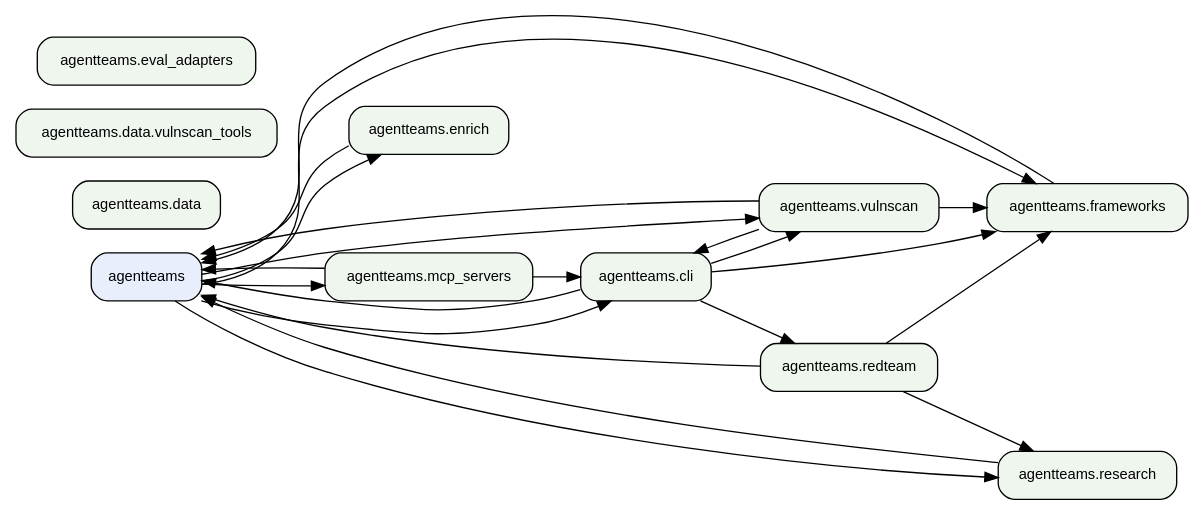
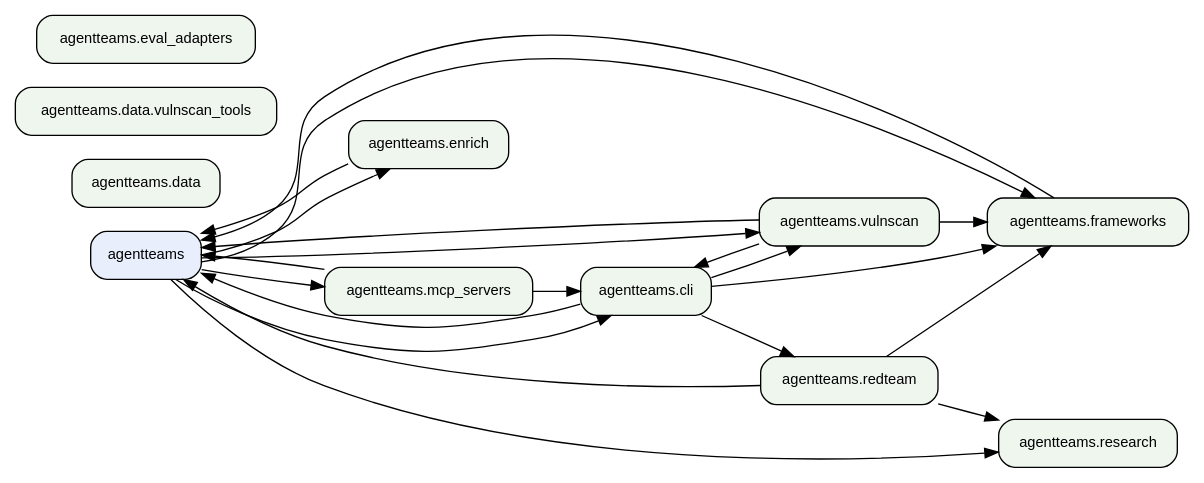
Before and after one commit to jlcatonjr/agentteams: the second of 2 diagrams in references/architecture-graph.md, drawn with Graphviz. The commit also changed other lines of this file and 12 other files, not shown here.

````diff
--- a/references/architecture-graph.md
+++ b/references/architecture-graph.md
@@ -465,39 +455,38 @@
 ```dot
 digraph "agentteams architecture" {
     rankdir=LR;
     node [fontname="Helvetica", fontsize=11, shape=box, style="rounded,filled", fillcolor="#eef6ee"];
     edge [fontsize=9];
     "agentteams" [fillcolor="#e8eefb"];
     "agentteams.cli" [fillcolor="#eef6ee"];
     "agentteams.data" [fillcolor="#eef6ee"];
     "agentteams.data.vulnscan_tools" [fillcolor="#eef6ee"];
     "agentteams.enrich" [fillcolor="#eef6ee"];
     "agentteams.eval_adapters" [fillcolor="#eef6ee"];
     "agentteams.frameworks" [fillcolor="#eef6ee"];
     "agentteams.mcp_servers" [fillcolor="#eef6ee"];
     "agentteams.redteam" [fillcolor="#eef6ee"];
     "agentteams.research" [fillcolor="#eef6ee"];
     "agentteams.vulnscan" [fillcolor="#eef6ee"];
     "agentteams" -> "agentteams.cli";
     "agentteams" -> "agentteams.enrich";
     "agentteams" -> "agentteams.frameworks";
     "agentteams" -> "agentteams.mcp_servers";
     "agentteams" -> "agentteams.research";
     "agentteams" -> "agentteams.vulnscan";
     "agentteams.cli" -> "agentteams";
     "agentteams.cli" -> "agentteams.frameworks";
     "agentteams.cli" -> "agentteams.redteam";
     "agentteams.cli" -> "agentteams.vulnscan";
     "agentteams.enrich" -> "agentteams";
     "agentteams.frameworks" -> "agentteams";
     "agentteams.mcp_servers" -> "agentteams";
     "agentteams.mcp_servers" -> "agentteams.cli";
     "agentteams.redteam" -> "agentteams";
     "agentteams.redteam" -> "agentteams.frameworks";
     "agentteams.redteam" -> "agentteams.research";
-    "agentteams.research" -> "agentteams";
     "agentteams.vulnscan" -> "agentteams";
     "agentteams.vulnscan" -> "agentteams.cli";
     "agentteams.vulnscan" -> "agentteams.frameworks";
 }
 ```
````
